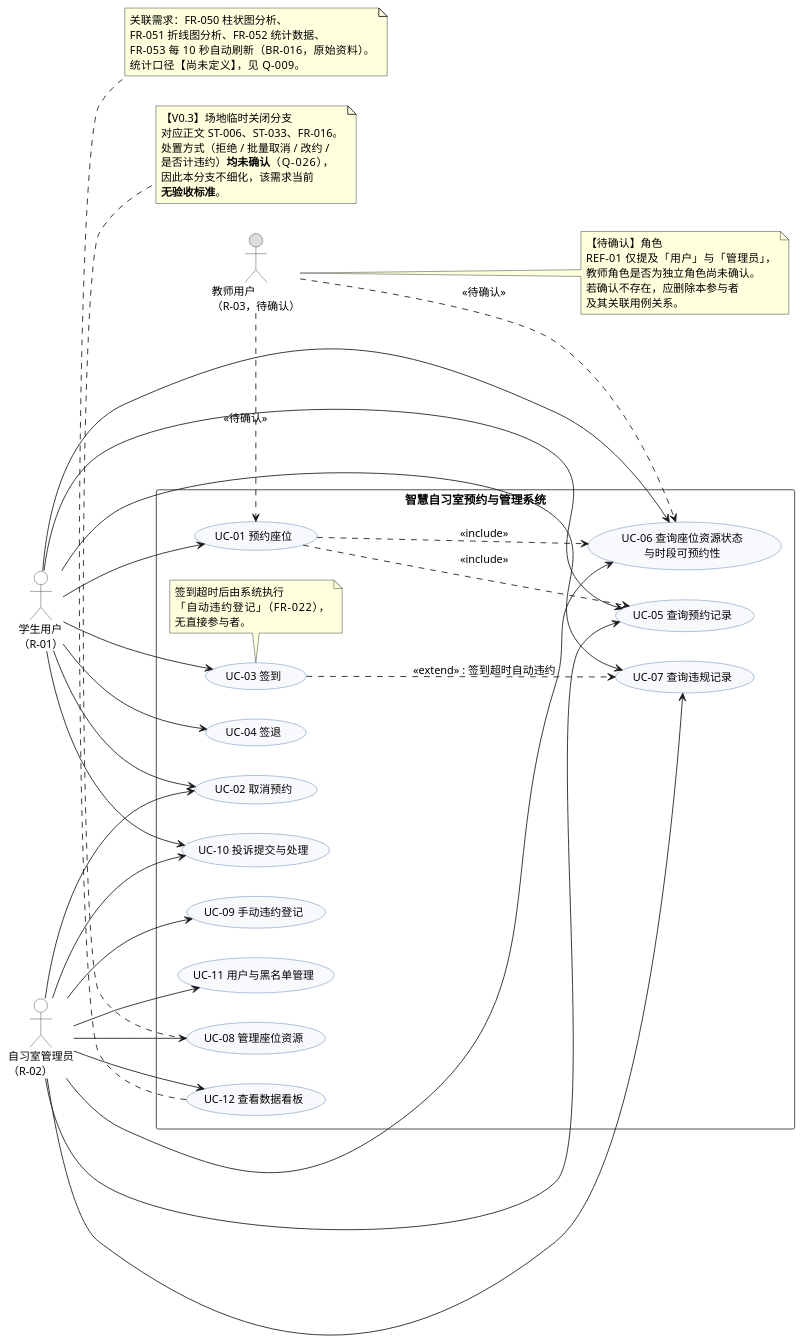
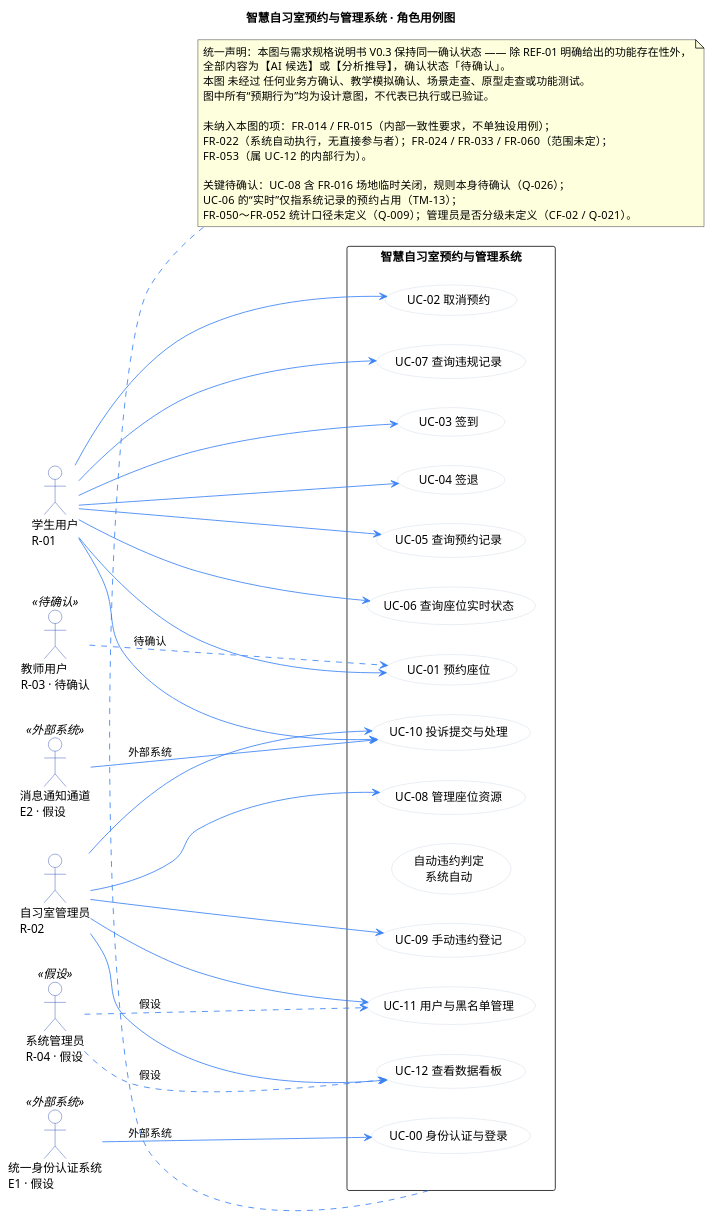
Before and after one commit to zuiaihuiliyi-123/smart-study-room-booking-system: the diagram in models/UCD-01-用例图.puml, drawn with PlantUML. The commit also changed 9 other files, not shown here.

Commit message:
1.修正需求分析验证报告中表格显示错误 2.修改类图并增加类编号

```diff
--- a/models/UCD-01-用例图.puml
+++ b/models/UCD-01-用例图.puml
@@ -1,128 +1,81 @@
-@startuml UCD-01
-' ============================================================
-' 图编号：UCD-01
-' 图名称：智慧自习室预约与管理系统 用例图
-' 建模对象：参与者与用例
-' 关联需求：《智慧自习室预约与管理系统-需求规格说明书.md》第 4.3 节、
-'           FR-001~FR-060（含 V0.3 新增的 FR-014 并发冲突控制、
-'           FR-015 请求幂等性、FR-016 场地临时关闭处置）
-' 关联规则：BR-017、BR-018、BR-019、BR-021
-' 版本：V0.3     日期：2026-10-15
-' ------------------------------------------------------------
-' 图注：
-'   1. R-03 教师用户为【待确认】角色，REF-01 未提及教师角色。
-'   2. 本图仅表达用例与参与者的静态关系，
-'      不表示任何用例已实现或已验证。
-'   3. 全部业务规则为【AI 候选】或【分析推导】，确认状态为「待确认」。
-'   4. 【V0.3 修订】UC-06 由"查询座位实时状态"改名为
-'      "查询座位资源状态与时段可预约性"——座位本身不再有
-'      「已预约」「使用中」状态，可预约性按目标时段实时计算
-'      （正文第 10.4.2 节）。
-'   5. 【V0.3 修订】UC-08 包含"场地临时关闭"分支，但其对已排定
-'      预约的处置规则【待确认】（正文 ST-006、ST-033、FR-016、Q-026），
-'      故该分支在本图中不细化。
-'   6. UC-01 隐含 FR-014（并发冲突）与 FR-015（幂等）两条
-'      非功能性保障需求，未单列用例。
-' ============================================================
-
-left to right direction
-skinparam packageStyle rectangle
-skinparam shadowing false
+@startuml
+title 智慧自习室预约与管理系统 · 角色用例图
 skinparam usecase {
-  BackgroundColor #F7F9FC
-  BorderColor #4A6FA5
-  FontSize 13
+  BackgroundColor White
+  BorderColor #CBD5E1
+  ArrowColor #3B82F6
 }
 skinparam actor {
-  BackgroundColor #FFFFFF
-  BorderColor #333333
-  FontSize 13
+  BackgroundColor White
+  BorderColor #1E40AF
 }
-skinparam rectangle {
-  BackgroundColor #FFFFFF
-  BorderColor #333333
-}
+left to right direction
 
-actor "学生用户\n（R-01）" as R01
-actor "自习室管理员\n（R-02）" as R02
-actor "教师用户\n（R-03，待确认）" as R03 #DDDDDD
+actor "学生用户\nR-01" as Student
+actor "自习室管理员\nR-02" as Admin
+actor "教师用户\nR-03 · 待确认" as Teacher <<待确认>>
+actor "系统管理员\nR-04 · 假设" as SysAdmin <<假设>>
+actor "统一身份认证系统\nE1 · 假设" as SSO <<外部系统>>
+actor "消息通知通道\nE2 · 假设" as Notify <<外部系统>>
 
-rectangle "智慧自习室预约与管理系统" {
-
+rectangle "智慧自习室预约与管理系统" as System {
   usecase "UC-01 预约座位" as UC01
   usecase "UC-02 取消预约" as UC02
   usecase "UC-03 签到" as UC03
   usecase "UC-04 签退" as UC04
   usecase "UC-05 查询预约记录" as UC05
-  usecase "UC-06 查询座位资源状态\n与时段可预约性" as UC06
+  usecase "UC-06 查询座位实时状态" as UC06
   usecase "UC-07 查询违规记录" as UC07
+  usecase "UC-10 投诉提交与处理" as UC10
+  usecase "UC-00 身份认证与登录" as UC00
+  usecase "自动违约判定\n系统自动" as AutoDefault
   usecase "UC-08 管理座位资源" as UC08
   usecase "UC-09 手动违约登记" as UC09
-  usecase "UC-10 投诉提交与处理" as UC10
   usecase "UC-11 用户与黑名单管理" as UC11
   usecase "UC-12 查看数据看板" as UC12
-
-  ' 系统自动执行的用例，不直接由参与者发起，以 note 标注
-  note bottom of UC03
-    签到超时后由系统执行
-    「自动违约登记」（FR-022），
-    无直接参与者。
-  end note
-
 }
 
-' ---------- 学生用户 R-01 ----------
-R01 --> UC01
-R01 --> UC02
-R01 --> UC03
-R01 --> UC04
-R01 --> UC05
-R01 --> UC06
-R01 --> UC07
-R01 --> UC10
+' 学生关联
+Student --> UC01
+Student --> UC02
+Student --> UC03
+Student --> UC04
+Student --> UC05
+Student --> UC06
+Student --> UC07
+Student --> UC10
 
-' ---------- 自习室管理员 R-02 ----------
-R02 --> UC02
-R02 --> UC05
-R02 --> UC06
-R02 --> UC07
-R02 --> UC08
-R02 --> UC09
-R02 --> UC10
-R02 --> UC11
-R02 --> UC12
+' 管理员关联
+Admin --> UC08
+Admin --> UC09
+Admin --> UC11
+Admin --> UC12
+Admin --> UC10
 
-' ---------- 教师用户 R-03（待确认） ----------
-R03 .> UC01 : <<待确认>>
-R03 .> UC06 : <<待确认>>
+' 待确认角色关联
+Teacher ..> UC01 : 待确认
 
-' ---------- 用例之间的关系 ----------
-UC01 ..> UC06 : <<include>>
-UC01 ..> UC05 : <<include>>
-UC03 ..> UC07 : <<extend>> : 签到超时自动违约
+' 假设角色关联
+SysAdmin ..> UC12 : 假设
+SysAdmin ..> UC11 : 假设
 
-note bottom of UC08
-  【V0.3】场地临时关闭分支
-  对应正文 ST-006、ST-033、FR-016。
-  处置方式（拒绝 / 批量取消 / 改约 /
-  是否计违约）**均未确认**（Q-026），
-  因此本分支不细化，该需求当前
-  **无验收标准**。
-end note
+' 外部系统关联
+SSO --> UC00 : 外部系统
+Notify --> UC10 : 外部系统
 
-note right of R03
-  【待确认】角色
-  REF-01 仅提及「用户」与「管理员」，
-  教师角色是否为独立角色尚未确认。
-  若确认不存在，应删除本参与者
-  及其关联用例关系。
-end note
+note bottom of System
+  统一声明：本图与需求规格说明书 V0.3 保持同一确认状态 —— 除 REF-01 明确给出的功能存在性外，
+  全部内容为【AI 候选】或【分析推导】，确认状态「待确认」。
+  本图 未经过 任何业务方确认、教学模拟确认、场景走查、原型走查或功能测试。
+  图中所有“预期行为”均为设计意图，不代表已执行或已验证。
 
-note bottom of UC12
-  关联需求：FR-050 柱状图分析、
-  FR-051 折线图分析、FR-052 统计数据、
-  FR-053 每 10 秒自动刷新（BR-016，原始资料）。
-  统计口径【尚未定义】，见 Q-009。
+  未纳入本图的项：FR-014 / FR-015（内部一致性要求，不单独设用例）；
+  FR-022（系统自动执行，无直接参与者）；FR-024 / FR-033 / FR-060（范围未定）；
+  FR-053（属 UC-12 的内部行为）。
+
+  关键待确认：UC-08 含 FR-016 场地临时关闭，规则本身待确认（Q-026）；
+  UC-06 的“实时”仅指系统记录的预约占用（TM-13）；
+  FR-050～FR-052 统计口径未定义（Q-009）；管理员是否分级未定义（CF-02 / Q-021）。
 end note
 
 @enduml
```
